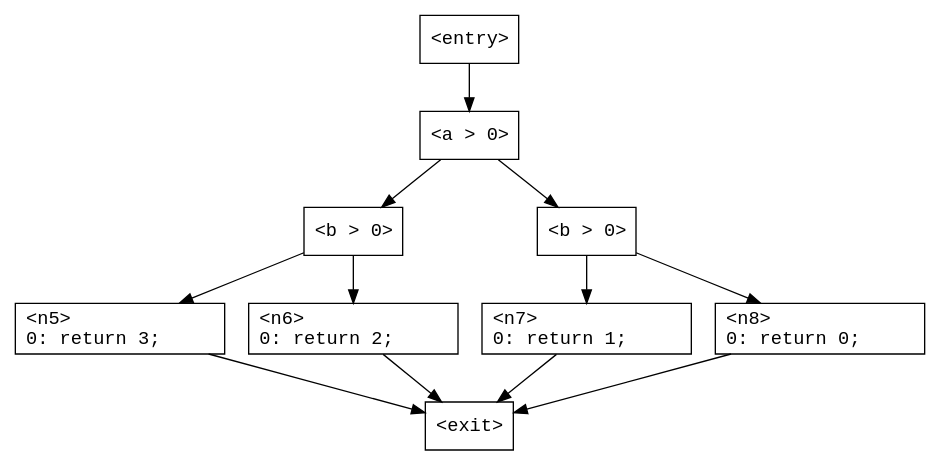
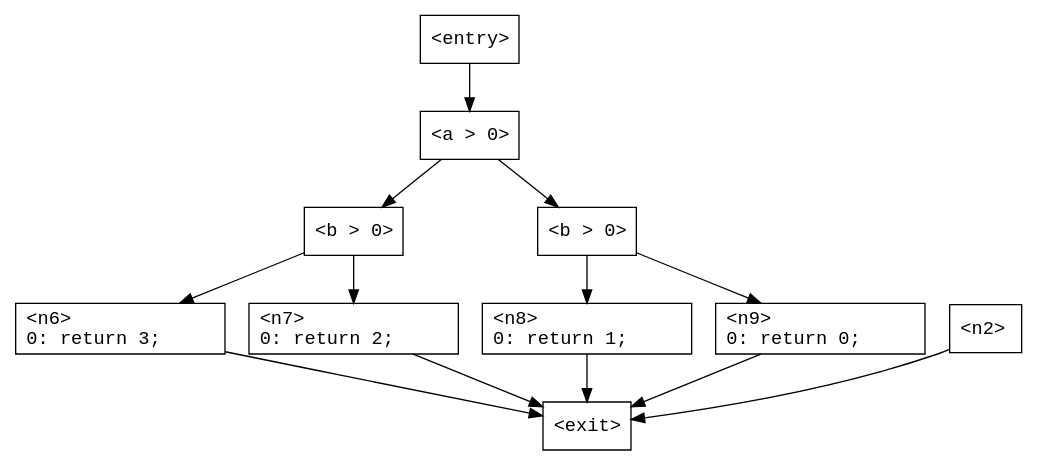
One commit to ashalkhakov/Tarp changed the diagram in TarpTests/Cfg/Data/TestIfNestReturn.gv. Above: the diagram before and after it, drawn with Graphviz. The commit also changed 13 other files, not shown here.

First line of the commit message:
Implement break/continue. Allow temporary 'join' nodes in the graph.

```diff
--- a/TarpTests/Cfg/Data/TestIfNestReturn.gv
+++ b/TarpTests/Cfg/Data/TestIfNestReturn.gv
@@ -1,41 +1,45 @@
 digraph G
 {
     n0 [ shape = "box"
              fontname = "Monospace"
              label = "<entry>\l" ];
-      n0 -> n4;
+      n0 -> n5;
     n1 [ shape = "box"
              fontname = "Monospace"
              label = "<exit>\l" ];
     n2 [ shape = "box"
              fontname = "Monospace"
-             label = "<b > 0>\l" ];
-      n2 -> n5;
-      n2 -> n6;
+             label = "<n2>\l" ];
+      n2 -> n1;
     n3 [ shape = "box"
              fontname = "Monospace"
              label = "<b > 0>\l" ];
+      n3 -> n6;
       n3 -> n7;
-      n3 -> n8;
     n4 [ shape = "box"
              fontname = "Monospace"
-             label = "<a > 0>\l" ];
-      n4 -> n2;
-      n4 -> n3;
+             label = "<b > 0>\l" ];
+      n4 -> n8;
+      n4 -> n9;
     n5 [ shape = "box"
              fontname = "Monospace"
-             label = "<n5>\l0:	return 3;\l" ];
-      n5 -> n1;
+             label = "<a > 0>\l" ];
+      n5 -> n3;
+      n5 -> n4;
     n6 [ shape = "box"
              fontname = "Monospace"
-             label = "<n6>\l0:	return 2;\l" ];
+             label = "<n6>\l0:	return 3;\l" ];
       n6 -> n1;
     n7 [ shape = "box"
              fontname = "Monospace"
-             label = "<n7>\l0:	return 1;\l" ];
+             label = "<n7>\l0:	return 2;\l" ];
       n7 -> n1;
     n8 [ shape = "box"
              fontname = "Monospace"
-             label = "<n8>\l0:	return 0;\l" ];
+             label = "<n8>\l0:	return 1;\l" ];
       n8 -> n1;
+    n9 [ shape = "box"
+             fontname = "Monospace"
+             label = "<n9>\l0:	return 0;\l" ];
+      n9 -> n1;
 }
```
